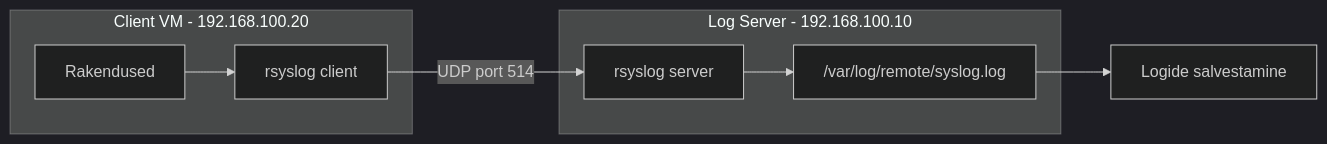
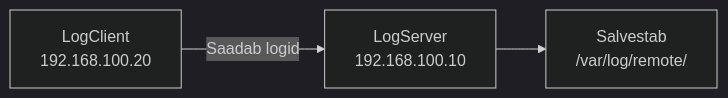
Before and after one commit to mariatesttalvik/monitoring: the diagram in docs/labs/01_linux_logging/1_linux_logging_lab.md, drawn with Mermaid (dark theme). The commit also changed other lines of this file and 1 other file, not shown here.

````diff
--- a/docs/labs/01_linux_logging/1_linux_logging_lab.md
+++ b/docs/labs/01_linux_logging/1_linux_logging_lab.md
@@ -19,13 +11,5 @@
 ```mermaid
 graph LR
-    subgraph Client["Client VM - 192.168.100.20"]
-        A[Rakendused] --> B[rsyslog client]
-    end
-    
-    subgraph Server["Log Server - 192.168.100.10"]
-        F[rsyslog server] --> G["/var/log/remote/syslog.log"]
-    end
-    
-    B -->|"UDP port 514"| F
-    G --> H[Logide salvestamine]
+    A[LogClient<br/>192.168.100.20] -->|Saadab logid| B[LogServer<br/>192.168.100.10]
+    B --> C[Salvestab<br/>/var/log/remote/]
 ```
````
